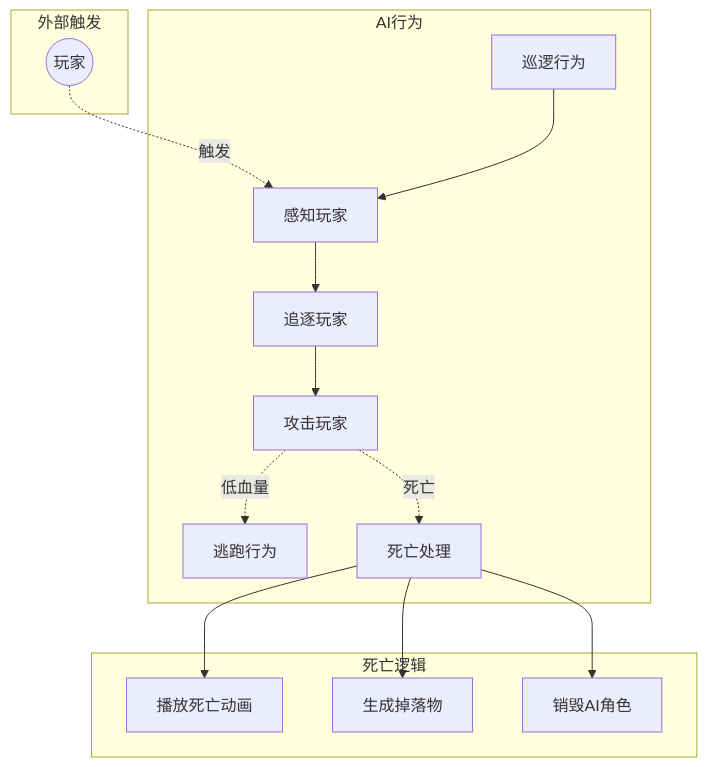
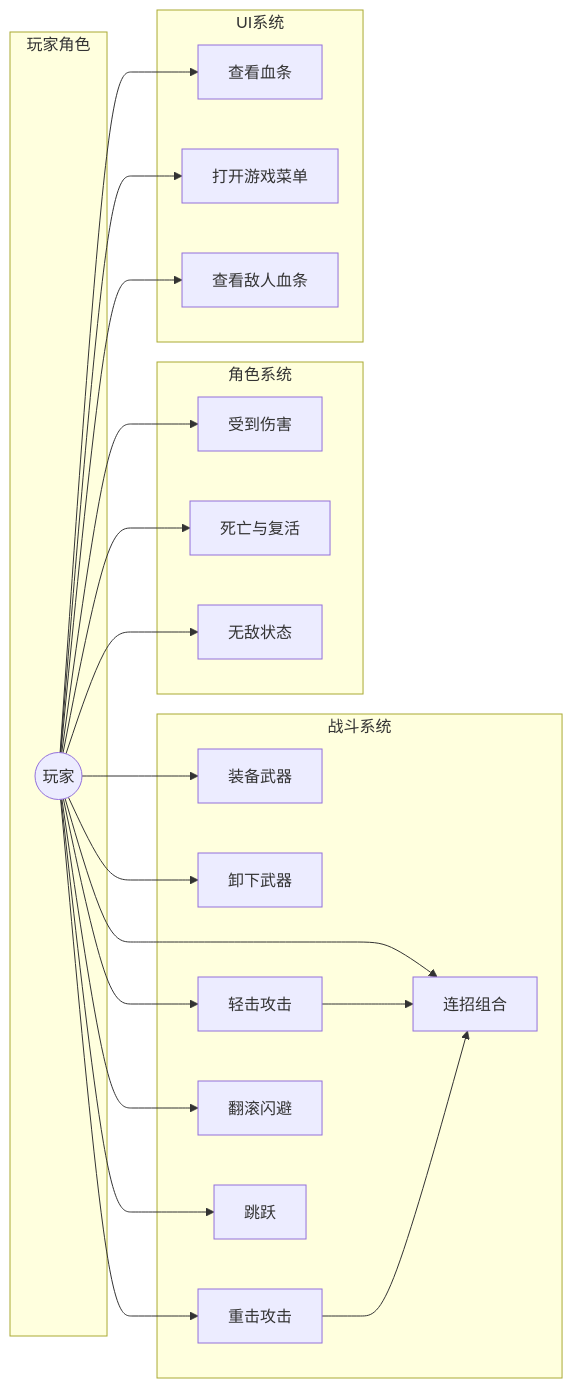
One commit to ARK31415/RPG changed diagram 19 of 21 in Source/Docs/DetailedDesign.md. Above: the diagram before and after it, drawn with Mermaid. The commit also changed other lines of this file and 11 other files, not shown here.

````diff
--- a/Source/Docs/DetailedDesign.md
+++ b/Source/Docs/DetailedDesign.md
@@ -1145,31 +1009,44 @@
 ```mermaid
-graph TB
-    subgraph 外部触发
+graph LR
+    subgraph 玩家角色
         Player((玩家))
     end
     
-    subgraph AI行为
-        UC1[巡逻行为]
-        UC2[感知玩家]
-        UC3[追逐玩家]
-        UC4[攻击玩家]
-        UC5[逃跑行为]
-        UC6[死亡处理]
+    subgraph 战斗系统
+        UC1[装备武器]
+        UC2[卸下武器]
+        UC3[轻击攻击]
+        UC4[重击攻击]
+        UC5[连招组合]
+        UC6[翻滚闪避]
+        UC7[跳跃]
     end
     
-    subgraph 死亡逻辑
-        UC7[播放死亡动画]
-        UC8[生成掉落物]
-        UC9[销毁AI角色]
+    subgraph 角色系统
+        UC8[受到伤害]
+        UC9[死亡与复活]
+        UC10[无敌状态]
     end
     
-    Player -.触发.-> UC2
-    UC2 --> UC3
-    UC3 --> UC4
-    UC4 -.低血量.-> UC5
-    UC4 -.死亡.-> UC6
-    UC6 --> UC7
-    UC6 --> UC8
-    UC6 --> UC9
-    UC1 --> UC2
+    subgraph UI系统
+        UC11[查看血条]
+        UC12[打开游戏菜单]
+        UC13[查看敌人血条]
+    end
+    
+    Player --> UC1
+    Player --> UC2
+    Player --> UC3
+    Player --> UC4
+    Player --> UC5
+    Player --> UC6
+    Player --> UC7
+    Player --> UC8
+    Player --> UC9
+    Player --> UC10
+    Player --> UC11
+    Player --> UC12
+    Player --> UC13
+    UC3 --> UC5
+    UC4 --> UC5
 ```
````
